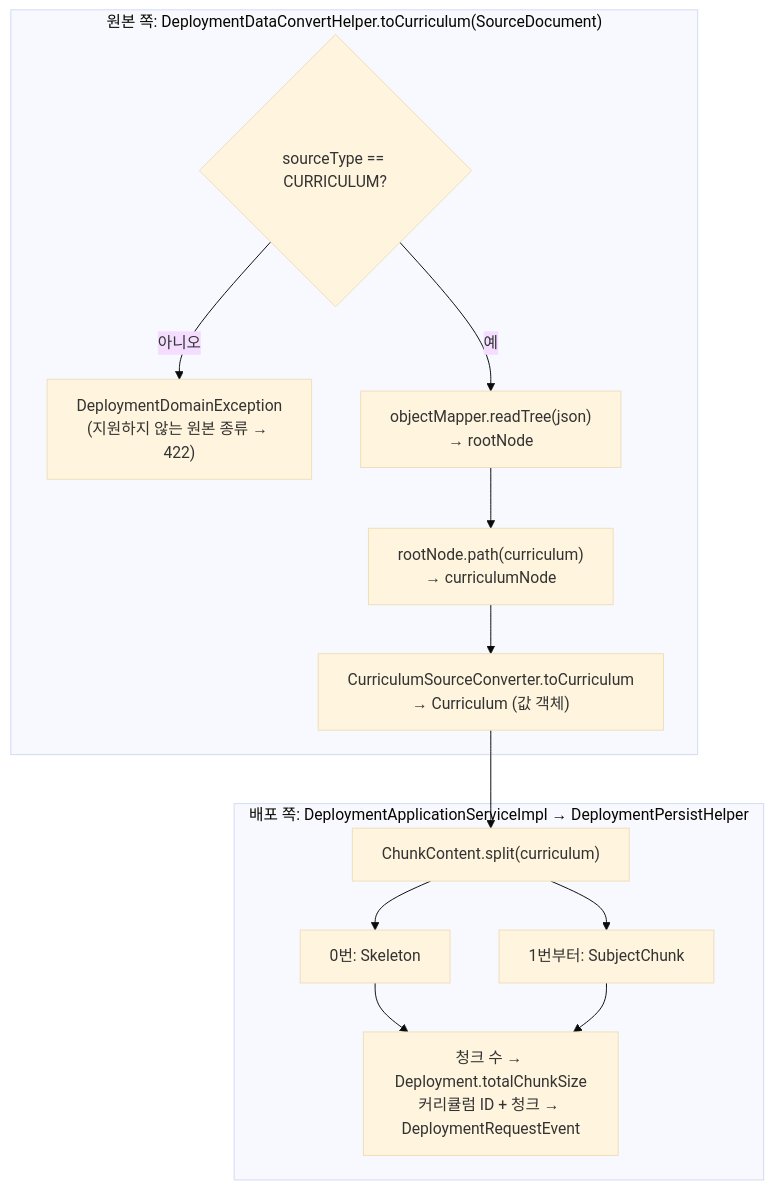
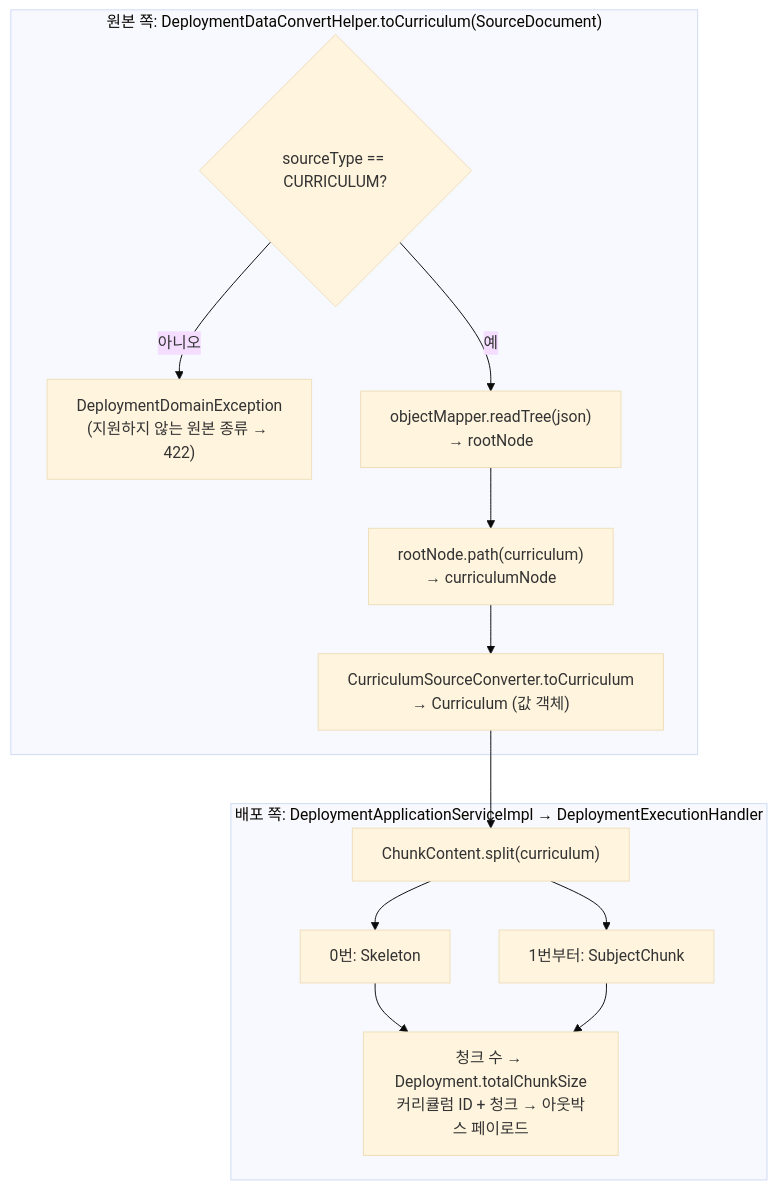
The tenth of 15 diagrams in docs/system/source-read.md (brunosong/transfersystem), drawn with Mermaid (base theme) before and after one commit. The commit also changed other lines of this file and 5 other files, not shown here.

````diff
--- a/docs/system/source-read.md
+++ b/docs/system/source-read.md
@@ -288,17 +288,17 @@
 ```mermaid
 flowchart TD
   subgraph SRC["원본 쪽: DeploymentDataConvertHelper.toCurriculum(SourceDocument)"]
     D{"sourceType == CURRICULUM?"}
     D -- 아니오 --> E["DeploymentDomainException<br/>(지원하지 않는 원본 종류 → 422)"]
     D -- 예 --> B["objectMapper.readTree(json)<br/>→ rootNode"]
     B --> C["rootNode.path(curriculum)<br/>→ curriculumNode"]
     C --> F["CurriculumSourceConverter.toCurriculum<br/>→ Curriculum (값 객체)"]
   end
-  subgraph DEP["배포 쪽: DeploymentApplicationServiceImpl → DeploymentPersistHelper"]
+  subgraph DEP["배포 쪽: DeploymentApplicationServiceImpl → DeploymentExecutionHandler"]
     F --> G["ChunkContent.split(curriculum)"]
     G --> H["0번: Skeleton"]
     G --> I["1번부터: SubjectChunk"]
-    H --> J["청크 수 → Deployment.totalChunkSize<br/>커리큘럼 ID + 청크 → DeploymentRequestEvent"]
+    H --> J["청크 수 → Deployment.totalChunkSize<br/>커리큘럼 ID + 청크 → 아웃박스 페이로드"]
     I --> J
   end
 ```
````
